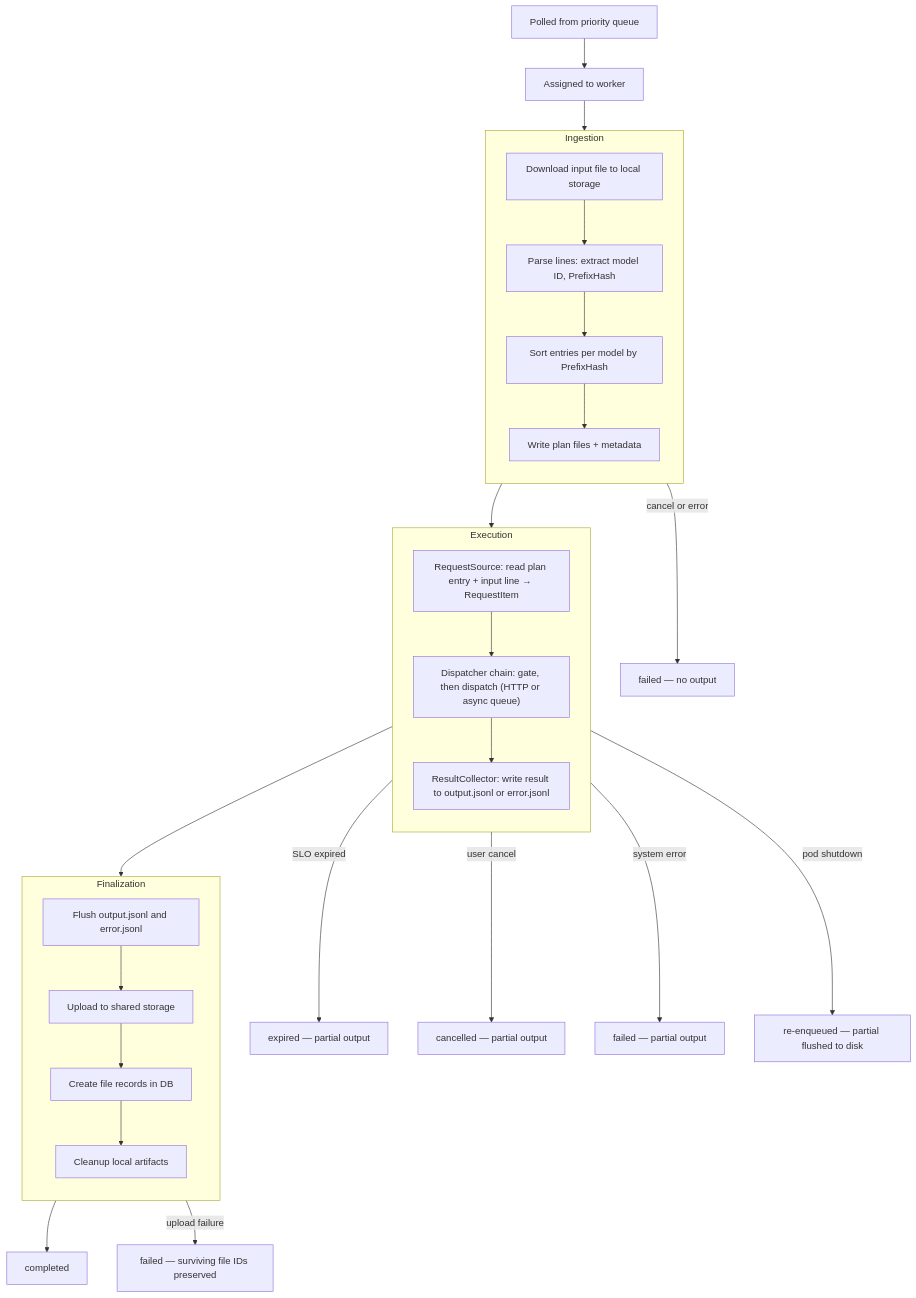
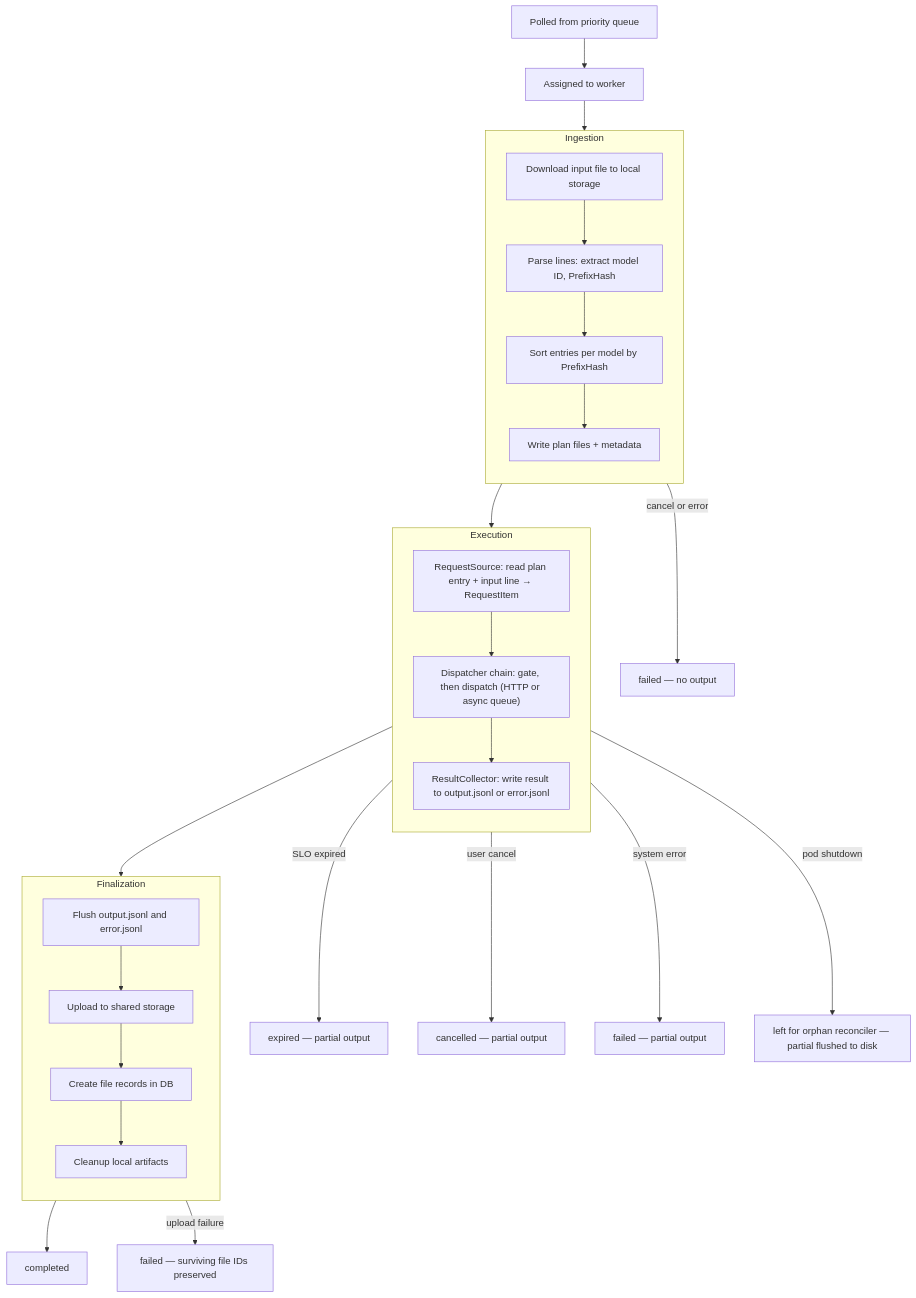
Before and after one commit to llm-d-incubation/batch-gateway: the first of 4 diagrams in docs/design/batch_processor_architecture.md, drawn with Mermaid. The commit also changed other lines of this file, not shown here.

````diff
--- a/docs/design/batch_processor_architecture.md
+++ b/docs/design/batch_processor_architecture.md
@@ -129,41 +129,41 @@
 ```mermaid
 flowchart TD
     poll["Polled from priority queue"] --> assign["Assigned to worker"]
     assign --> phase1
 
     subgraph phase1 ["Ingestion"]
         direction TB
         download["Download input file to local storage"]
         download --> parsePlan["Parse lines: extract model ID, PrefixHash"]
         parsePlan --> sort["Sort entries per model by PrefixHash"]
         sort --> writePlans["Write plan files + metadata"]
     end
 
     phase1 --> phase2
 
     subgraph phase2 ["Execution"]
         direction TB
         source["RequestSource: read plan entry + input line → RequestItem"]
         source --> dispatch["Dispatcher chain: gate, then dispatch (HTTP or async queue)"]
         dispatch --> collect["ResultCollector: write result to output.jsonl or error.jsonl"]
     end
 
     phase2 --> phase3
 
     subgraph phase3 ["Finalization"]
         direction TB
         flushFiles["Flush output.jsonl and error.jsonl"]
         flushFiles --> uploadFiles["Upload to shared storage"]
         uploadFiles --> createRecords["Create file records in DB"]
         createRecords --> cleanupLocal["Cleanup local artifacts"]
     end
 
     phase3 --> completedState["completed"]
 
     phase1 -->|"cancel or error"| failedNoOutput["failed — no output"]
     phase2 -->|"SLO expired"| expiredState["expired — partial output"]
     phase2 -->|"user cancel"| cancelledState["cancelled — partial output"]
     phase2 -->|"system error"| failedPartial["failed — partial output"]
-    phase2 -->|"pod shutdown"| reenqueue["re-enqueued — partial flushed to disk"]
+    phase2 -->|"pod shutdown"| reconcile["left for orphan reconciler — partial flushed to disk"]
     phase3 -->|"upload failure"| failedPreserved["failed — surviving file IDs preserved"]
 ```
````
